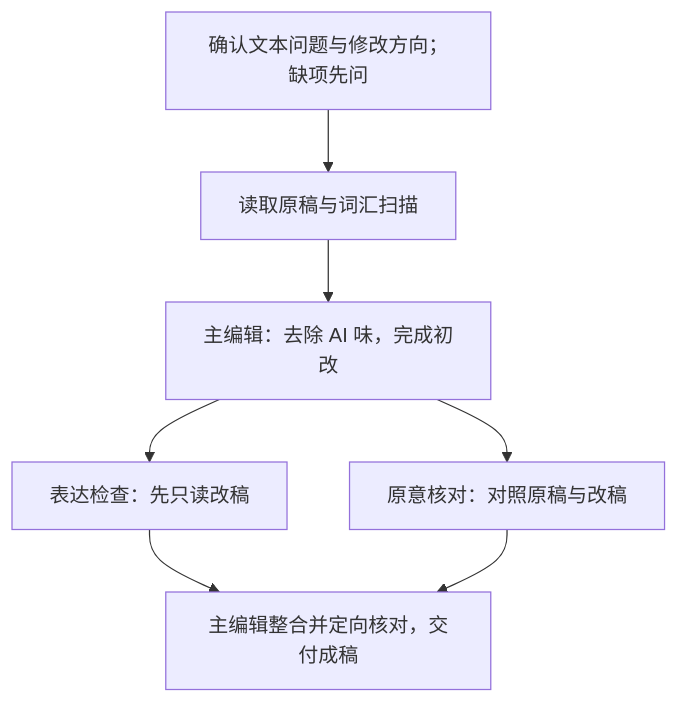
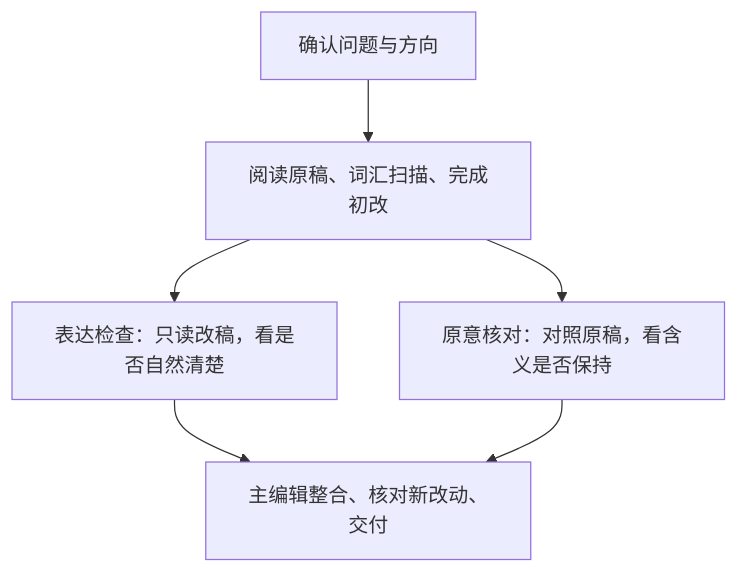
The diagram in README.md (Rimagination/easyunslop), drawn with Mermaid before and after one commit. The commit also changed other lines of this file, not shown here.

````diff
--- a/README.md
+++ b/README.md
@@ -120,9 +117,8 @@
 ```mermaid
 flowchart TD
-    Q["确认文本问题与修改方向；缺项先问"] --> A
-    A["读取原稿与词汇扫描"] --> B["主编辑：去除 AI 味，完成初改"]
-    B --> C["表达检查：先只读改稿"]
-    B --> D["原意核对：对照原稿与改稿"]
-    C --> E["主编辑整合并定向核对，交付成稿"]
+    A["确认问题与方向"] --> B["阅读原稿、词汇扫描、完成初改"]
+    B --> C["表达检查：只读改稿，看是否自然清楚"]
+    B --> D["原意核对：对照原稿，看含义是否保持"]
+    C --> E["主编辑整合、核对新改动、交付"]
     D --> E
 ```
````
